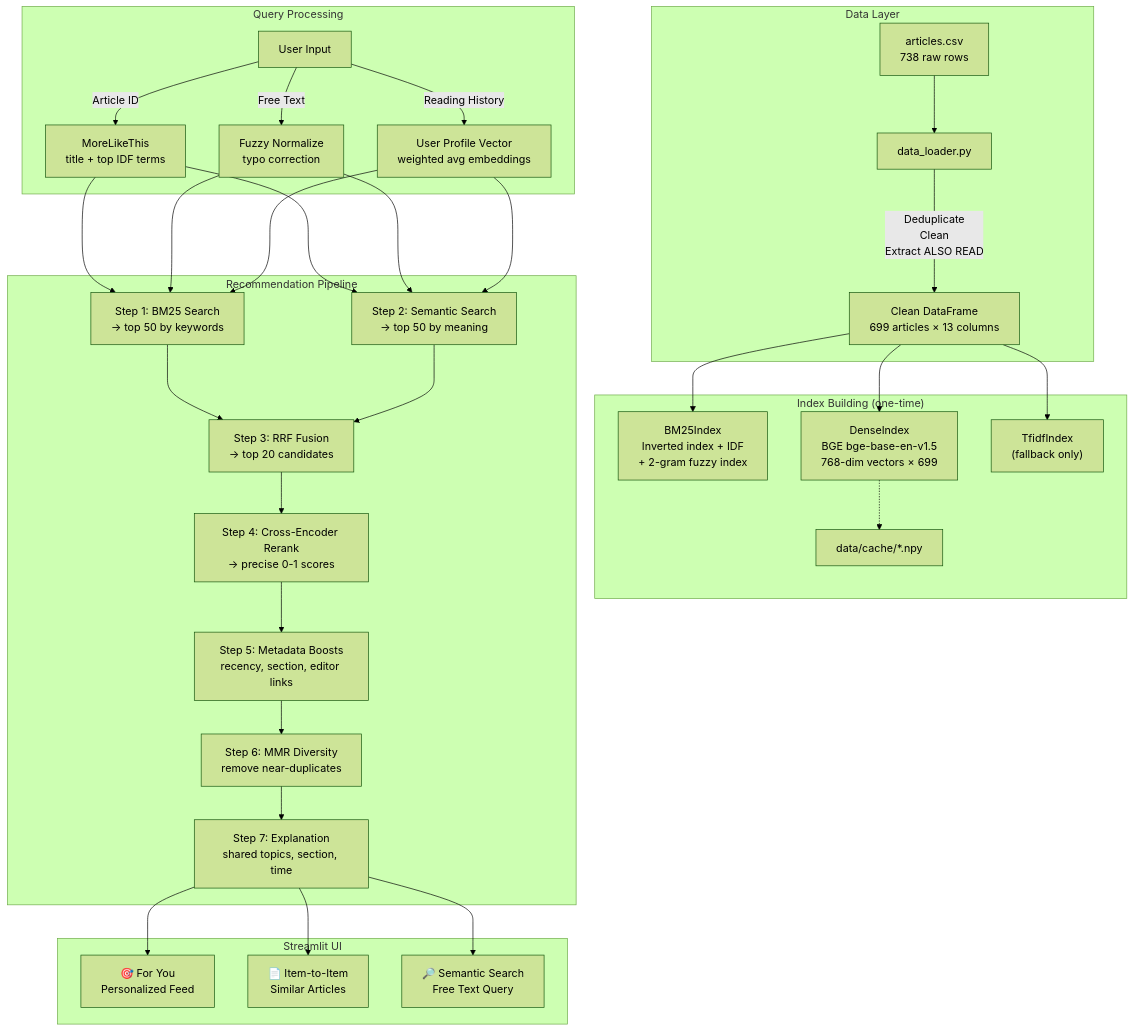
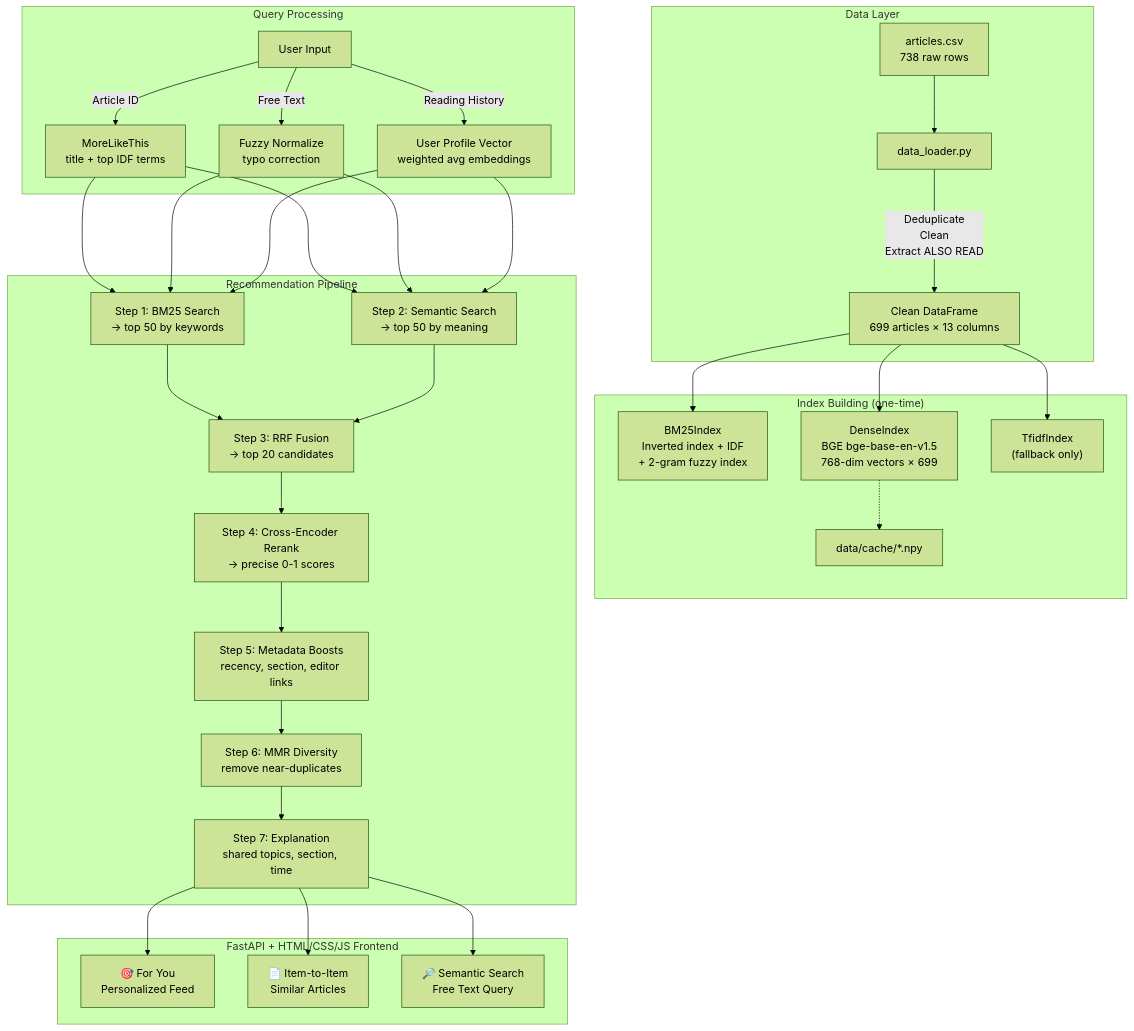
Before and after one commit to vaibhavsharma731/News_recommender: the second of 2 diagrams in explanation.md, drawn with Mermaid (forest theme). The commit also changed other lines of this file and 9 other files, not shown here.

Commit message:
feat: migrate from Streamlit/Flask to FastAPI + HTML/CSS/JS frontend

````diff
--- a/explanation.md
+++ b/explanation.md
@@ -846,37 +849,37 @@
 ```mermaid
 flowchart TB
     subgraph Data["Data Layer"]
         CSV["articles.csv\n738 raw rows"]
         CSV --> DL["data_loader.py"]
         DL --> |"Deduplicate\nClean\nExtract ALSO READ"| DF["Clean DataFrame\n699 articles × 13 columns"]
     end
 
     subgraph Index["Index Building (one-time)"]
         DF --> BM25["BM25Index\nInverted index + IDF\n+ 2-gram fuzzy index"]
         DF --> DENSE["DenseIndex\nBGE bge-base-en-v1.5\n768-dim vectors × 699"]
         DF --> TFIDF["TfidfIndex\n(fallback only)"]
         DENSE -.-> CACHE["data/cache/*.npy"]
     end
 
     subgraph Query["Query Processing"]
         USER["User Input"] --> |"Article ID"| Q1["MoreLikeThis\ntitle + top IDF terms"]
         USER --> |"Free Text"| Q2["Fuzzy Normalize\ntypo correction"]
         USER --> |"Reading History"| Q3["User Profile Vector\nweighted avg embeddings"]
     end
 
     subgraph Pipeline["Recommendation Pipeline"]
         Q1 & Q2 & Q3 --> S1["Step 1: BM25 Search\n→ top 50 by keywords"]
         Q1 & Q2 & Q3 --> S2["Step 2: Semantic Search\n→ top 50 by meaning"]
         S1 & S2 --> S3["Step 3: RRF Fusion\n→ top 20 candidates"]
         S3 --> S4["Step 4: Cross-Encoder Rerank\n→ precise 0-1 scores"]
         S4 --> S5["Step 5: Metadata Boosts\nrecency, section, editor links"]
         S5 --> S6["Step 6: MMR Diversity\nremove near-duplicates"]
         S6 --> S7["Step 7: Explanation\nshared topics, section, time"]
     end
 
-    subgraph UI["Streamlit UI"]
+    subgraph UI["FastAPI + HTML/CSS/JS Frontend"]
         S7 --> TAB1["🎯 For You\nPersonalized Feed"]
         S7 --> TAB2["📄 Item-to-Item\nSimilar Articles"]
         S7 --> TAB3["🔎 Semantic Search\nFree Text Query"]
     end
 ```
````
